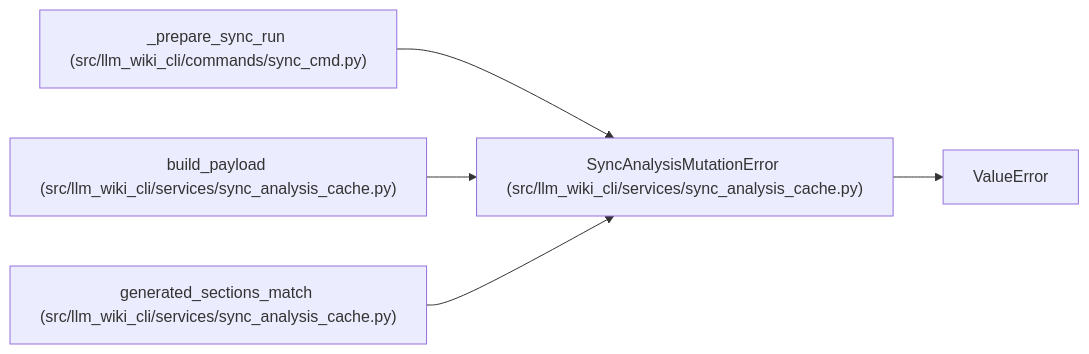
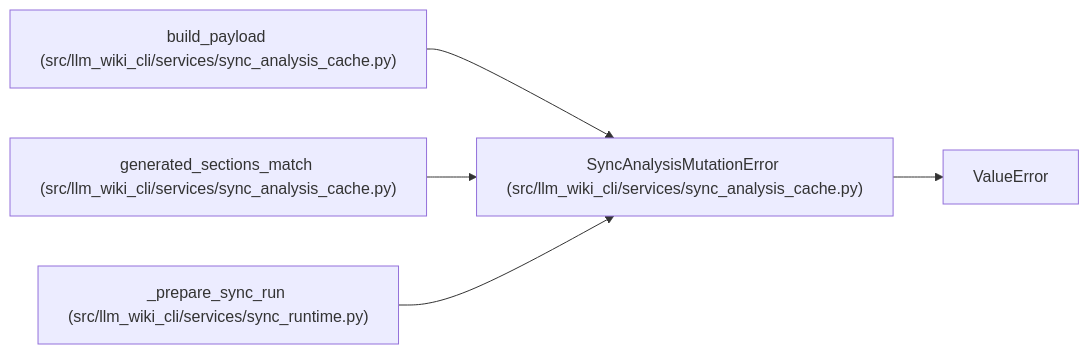
One commit to Denissvgn/python-wiki-llm changed the diagram in docs/llm_wiki/entities/SyncAnalysisMutationError.md. Above: the diagram before and after it, drawn with Mermaid. The commit also changed other lines of this file and 1555 other files, not shown here.

````diff
--- a/docs/llm_wiki/entities/SyncAnalysisMutationError.md
+++ b/docs/llm_wiki/entities/SyncAnalysisMutationError.md
@@ -23,16 +23,16 @@
 ```mermaid
 flowchart LR
     n0["SyncAnalysisMutationError (src/llm_wiki_cli/services/sync_analysis_cache.py)"]
     n1["ValueError"]
-    n2["_prepare_sync_run (src/llm_wiki_cli/commands/sync_cmd.py)"]
-    n3["build_payload (src/llm_wiki_cli/services/sync_analysis_cache.py)"]
-    n4["generated_sections_match (src/llm_wiki_cli/services/sync_analysis_cache.py)"]
+    n2["build_payload (src/llm_wiki_cli/services/sync_analysis_cache.py)"]
+    n3["generated_sections_match (src/llm_wiki_cli/services/sync_analysis_cache.py)"]
+    n4["_prepare_sync_run (src/llm_wiki_cli/services/sync_runtime.py)"]
     n0 --> n1
     n2 --> n0
     n3 --> n0
     n4 --> n0
     click n0 "../modules/sync_analysis_cache.md"
-    click n2 "../modules/sync_cmd.md"
+    click n2 "../modules/sync_analysis_cache.md"
     click n3 "../modules/sync_analysis_cache.md"
-    click n4 "../modules/sync_analysis_cache.md"
+    click n4 "../modules/sync_runtime.md"
 ```
````
